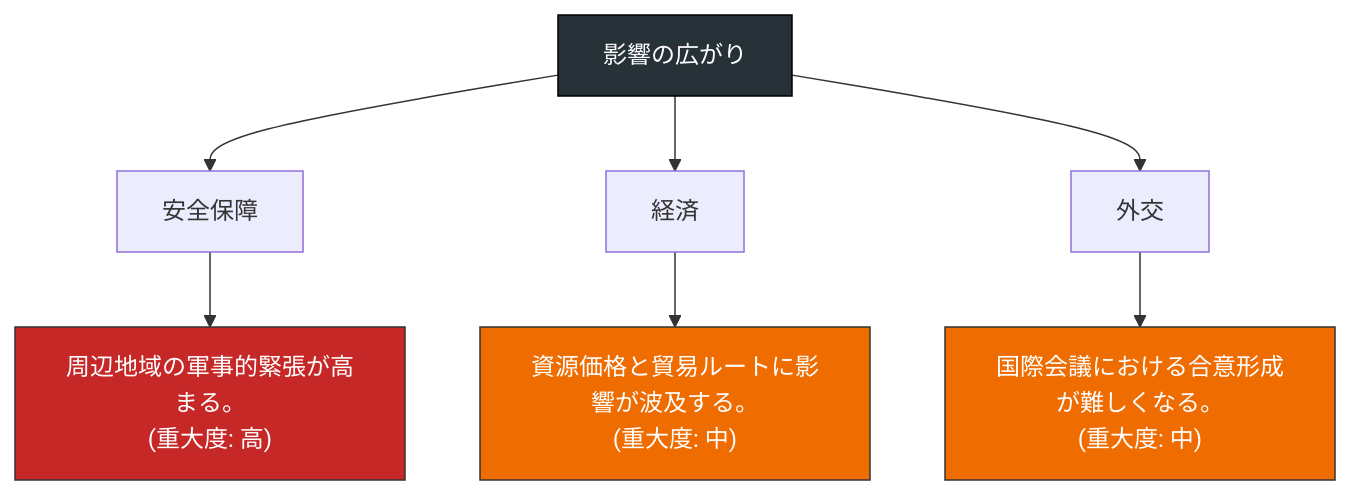
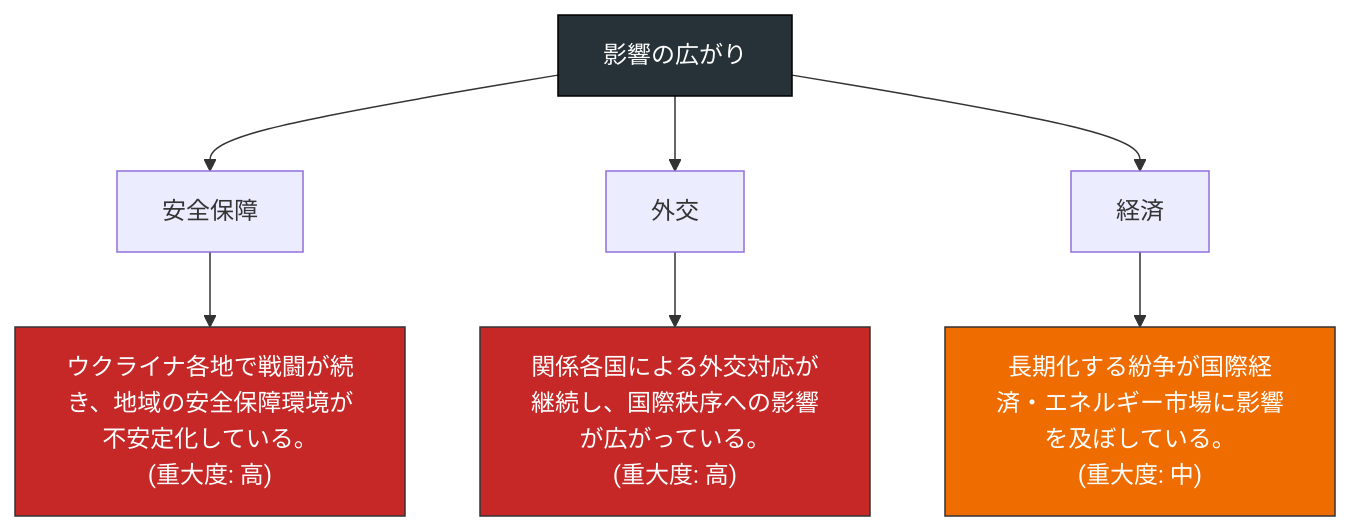
One commit to YUUUyutaro/tiseigaku changed diagram 18 of 25 in docs/reports/2026-04-22.md. Above: the diagram before and after it, drawn with Mermaid. The commit also changed other lines of this file and 3 other files, not shown here.

````diff
--- a/docs/reports/2026-04-22.md
+++ b/docs/reports/2026-04-22.md
@@ -240,17 +328,17 @@
 ```mermaid
 flowchart TB
   R["影響の広がり"]
   D0["安全保障"]
-  I0["周辺地域の軍事的緊張が高まる。\n(重大度: 高)"]
+  I0["ウクライナ各地で戦闘が続き、地域の安全保障環境が不安定化している。\n(重大度: 高)"]
   R --> D0 --> I0
   style I0 fill:#c62828,color:#fff,stroke:#333
-  D1["経済"]
-  I1["資源価格と貿易ルートに影響が波及する。\n(重大度: 中)"]
+  D1["外交"]
+  I1["関係各国による外交対応が継続し、国際秩序への影響が広がっている。\n(重大度: 高)"]
   R --> D1 --> I1
-  style I1 fill:#ef6c00,color:#fff,stroke:#333
-  D2["外交"]
-  I2["国際会議における合意形成が難しくなる。\n(重大度: 中)"]
+  style I1 fill:#c62828,color:#fff,stroke:#333
+  D2["経済"]
+  I2["長期化する紛争が国際経済・エネルギー市場に影響を及ぼしている。\n(重大度: 中)"]
   R --> D2 --> I2
   style I2 fill:#ef6c00,color:#fff,stroke:#333
   style R fill:#263238,color:#fff,stroke:#000
 ```
````
